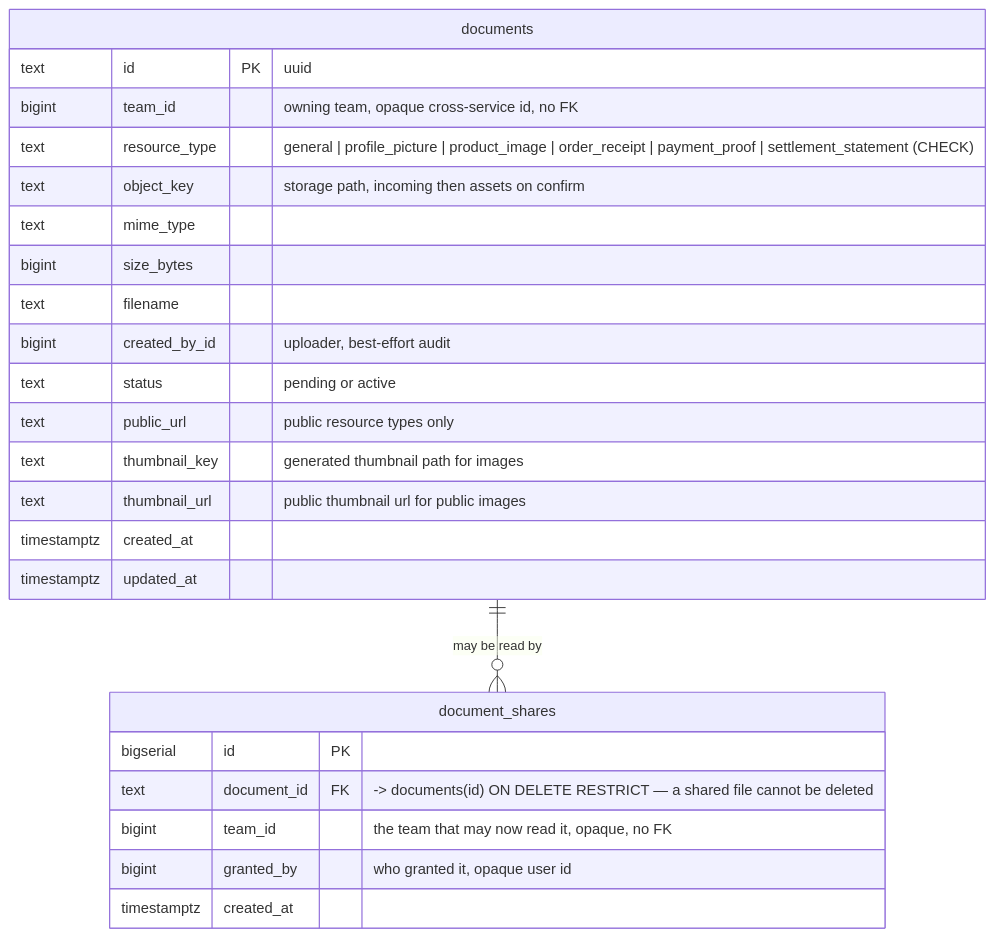
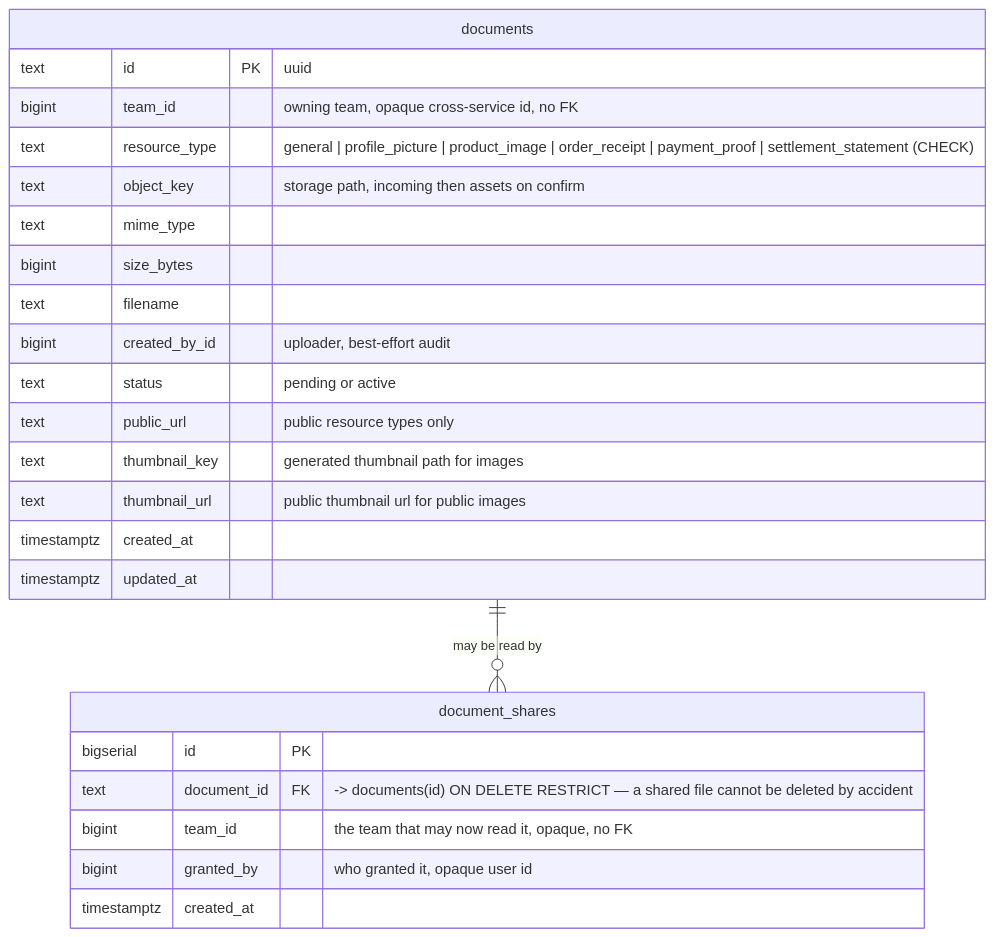
One commit to pdcgo/warehouse_revamp changed the seventh of 16 diagrams in docs/database-schema.md. Above: the diagram before and after it, drawn with Mermaid. The commit also changed other lines of this file and 31 other files, not shown here.

````diff
--- a/docs/database-schema.md
+++ b/docs/database-schema.md
@@ -563,29 +563,29 @@
 ```mermaid
 erDiagram
     documents ||--o{ document_shares : "may be read by"
 
     documents {
         text        id            PK "uuid"
         bigint      team_id       "owning team, opaque cross-service id, no FK"
         text        resource_type "general | profile_picture | product_image | order_receipt | payment_proof | settlement_statement (CHECK)"
         text        object_key    "storage path, incoming then assets on confirm"
         text        mime_type
         bigint      size_bytes
         text        filename
         bigint      created_by_id "uploader, best-effort audit"
         text        status        "pending or active"
         text        public_url    "public resource types only"
         text        thumbnail_key "generated thumbnail path for images"
         text        thumbnail_url "public thumbnail url for public images"
         timestamptz created_at
         timestamptz updated_at
     }
 
     document_shares {
         bigserial   id          PK
-        text        document_id FK "-> documents(id) ON DELETE RESTRICT — a shared file cannot be deleted"
+        text        document_id FK "-> documents(id) ON DELETE RESTRICT — a shared file cannot be deleted by accident"
         bigint      team_id     "the team that may now read it, opaque, no FK"
         bigint      granted_by  "who granted it, opaque user id"
         timestamptz created_at
     }
 ```
````
